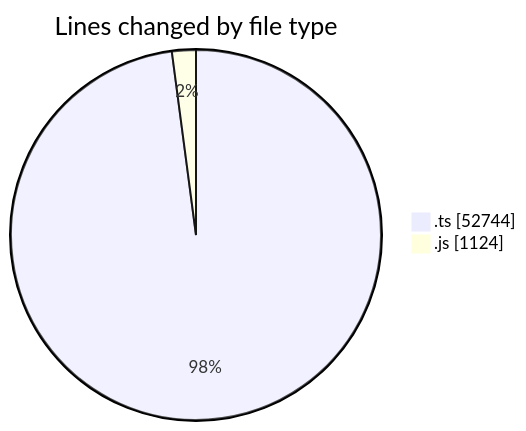
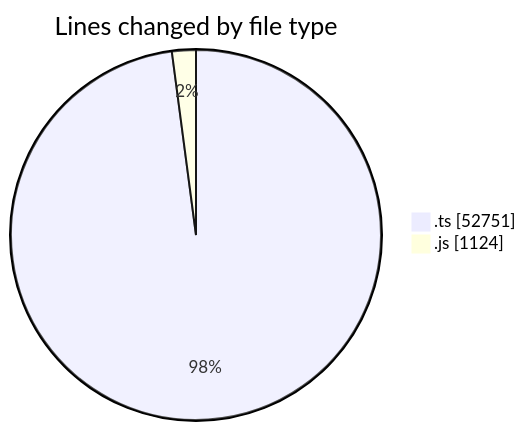
Before and after one commit to momahboobian/code-tracking: the first of 2 diagrams in 2026-10-23/cda/README.md, drawn with Mermaid. The commit also changed other lines of this file and 1 other file, not shown here.

````diff
--- a/2026-10-23/cda/README.md
+++ b/2026-10-23/cda/README.md
@@ -34,6 +34,6 @@
 ```mermaid
 pie showData
 title Lines changed by file type
-".ts" : 52744
+".ts" : 52751
 ".js" : 1124
 ```
````
